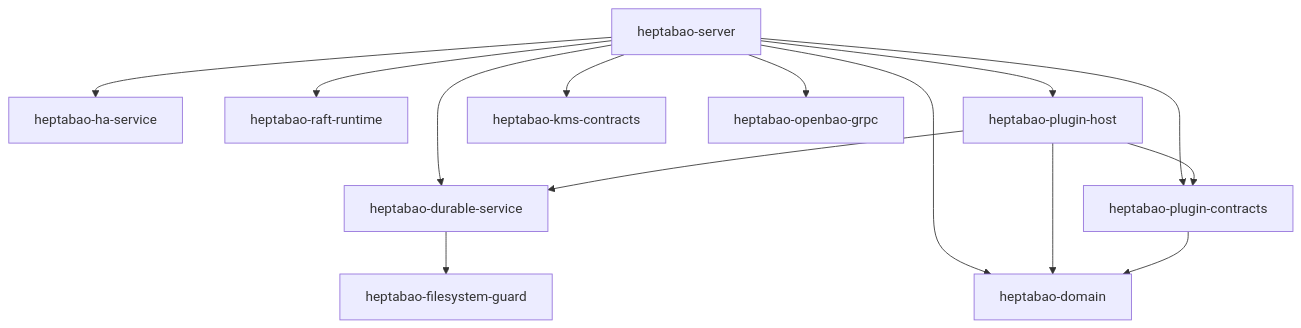
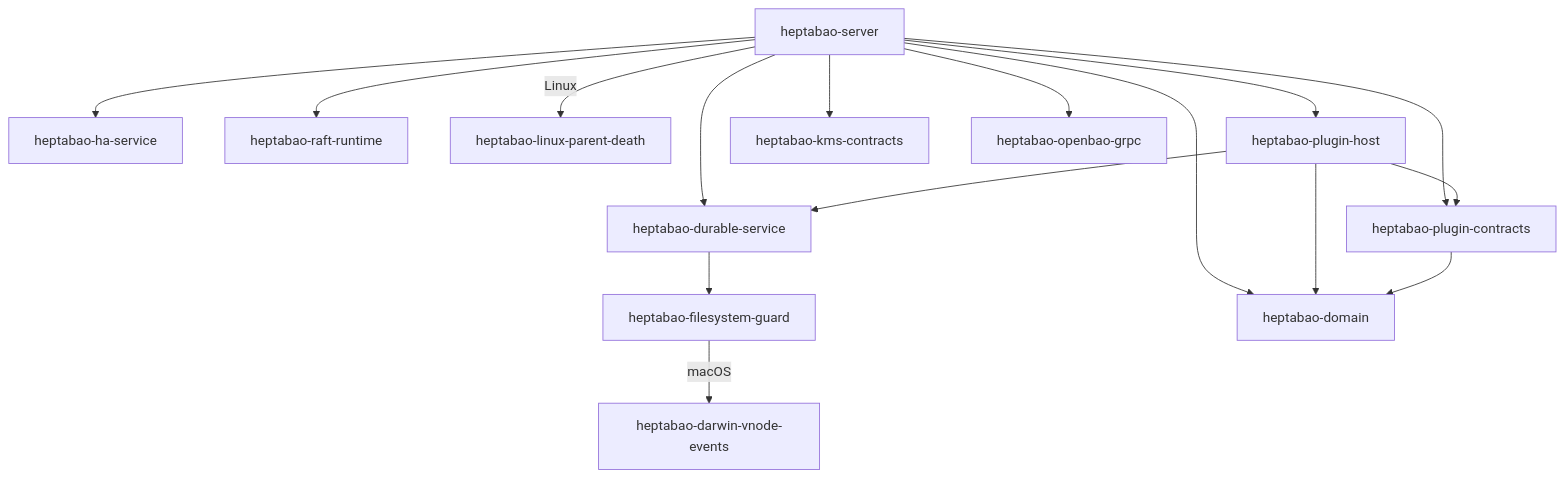
Before and after one commit to TrillionniumFoundation/HeptaBao: the first of 2 diagrams in docs/architecture/HEPTABAO_CURRENT_RUNTIME_ARCHITECTURE.md, drawn with Mermaid. The commit also changed other lines of this file and 678 other files, not shown here.

````diff
--- a/docs/architecture/HEPTABAO_CURRENT_RUNTIME_ARCHITECTURE.md
+++ b/docs/architecture/HEPTABAO_CURRENT_RUNTIME_ARCHITECTURE.md
@@ -9,16 +9,18 @@
 ```mermaid
 flowchart TD
     Server["heptabao-server"] --> Durable["heptabao-durable-service"]
     Server --> Transport["heptabao-ha-service"]
     Server --> Raft["heptabao-raft-runtime"]
     Durable --> Guard["heptabao-filesystem-guard"]
+    Guard -->|macOS| Vnode["heptabao-darwin-vnode-events"]
+    Server -->|Linux| OwnerDeath["heptabao-linux-parent-death"]
     Server --> Domain["heptabao-domain"]
     Server --> Contracts["heptabao-plugin-contracts"]
     Server --> Plugin["heptabao-plugin-host"]
     Server --> KMS["heptabao-kms-contracts"]
     Server --> Wrapper["heptabao-openbao-grpc"]
     Plugin --> Durable
     Plugin --> Contracts
     Plugin --> Domain
     Contracts --> Domain
 ```
````
